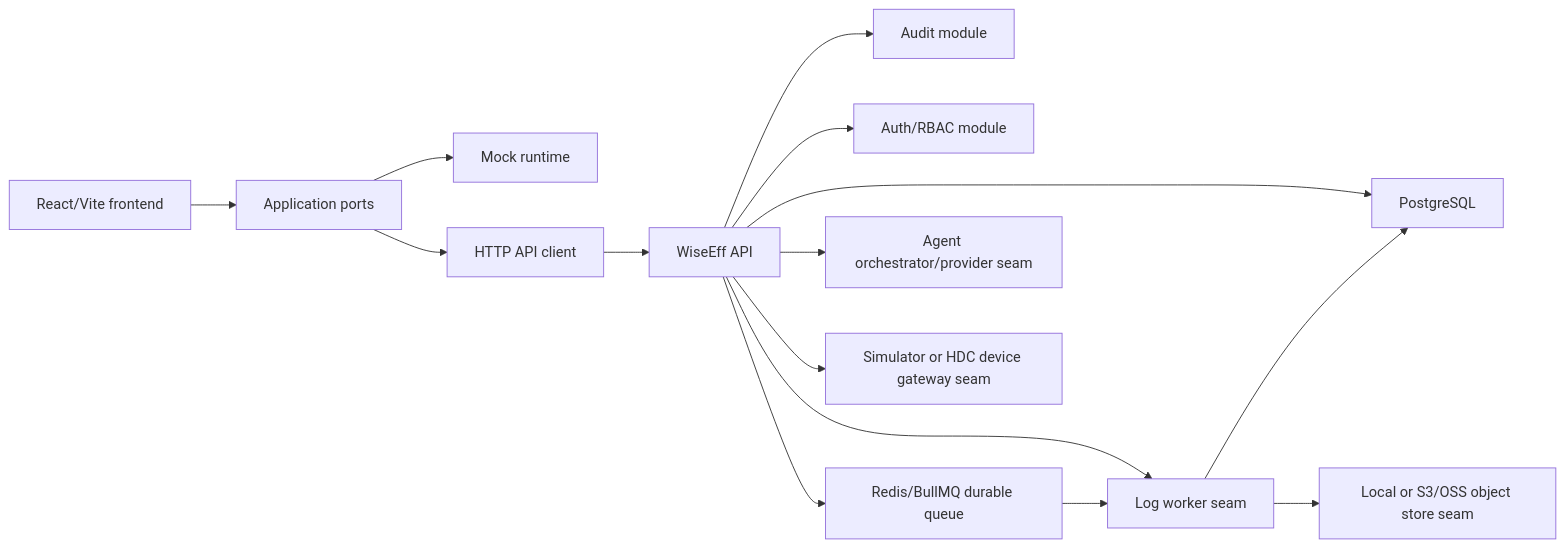
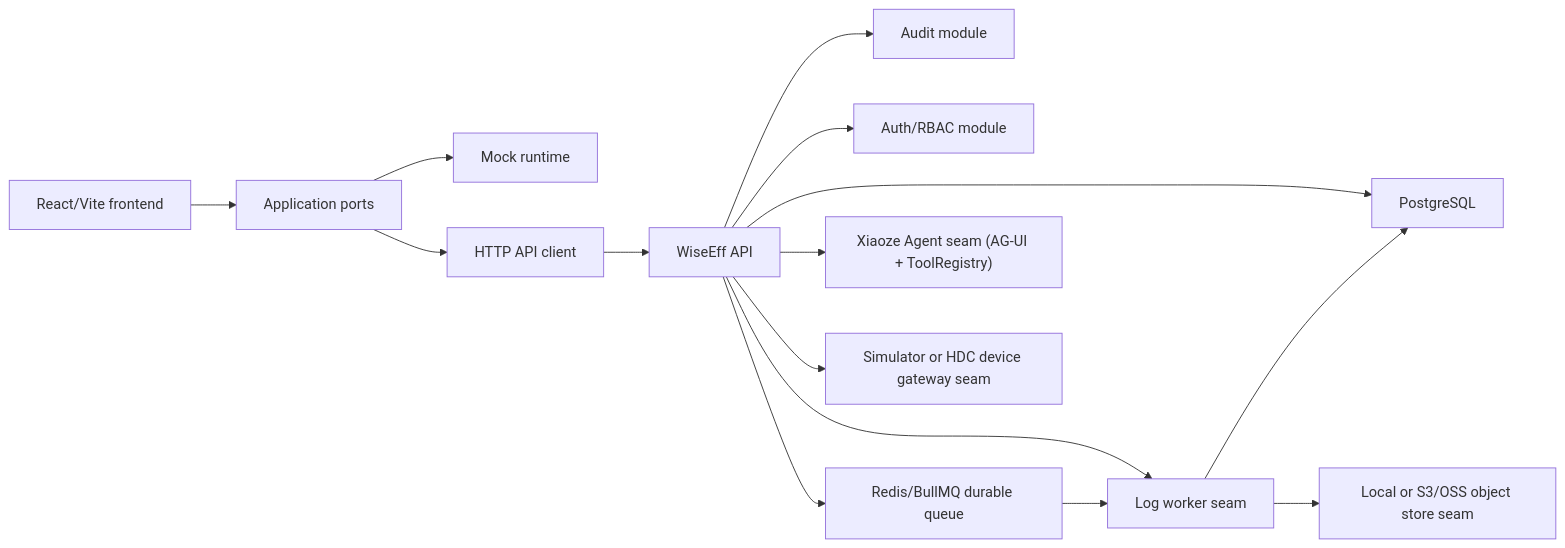
One commit to tzrea1-Q/WiseEff changed the diagram in ARCHITECTURE.md. Above: the diagram before and after it, drawn with Mermaid. The commit also changed other lines of this file and 112 other files, not shown here.

First line of the commit message:
refactor(agent): retire WiseAgent and make Xiaoze the sole agent (#112)

````diff
--- a/ARCHITECTURE.md
+++ b/ARCHITECTURE.md
@@ -11,17 +11,17 @@
 ```mermaid
 flowchart LR
   Browser["React/Vite frontend"] --> Ports["Application ports"]
   Ports --> Mock["Mock runtime"]
   Ports --> Http["HTTP API client"]
   Http --> Api["WiseEff API"]
   Api --> Db["PostgreSQL"]
   Api --> Audit["Audit module"]
   Api --> Auth["Auth/RBAC module"]
   Api --> Worker["Log worker seam"]
   Api --> Queue["Redis/BullMQ durable queue"]
   Queue --> Worker
   Worker --> Db
   Worker --> ObjectStore["Local or S3/OSS object store seam"]
-  Api --> Agent["Agent orchestrator/provider seam"]
+  Api --> Agent["Xiaoze Agent seam (AG-UI + ToolRegistry)"]
   Api --> Gateway["Simulator or HDC device gateway seam"]
 ```
````
